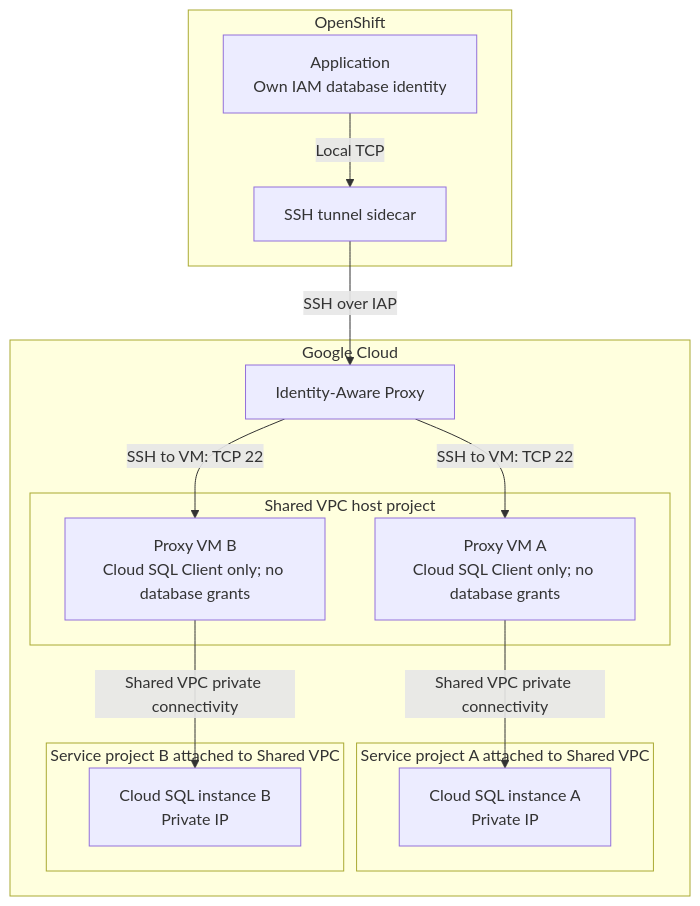
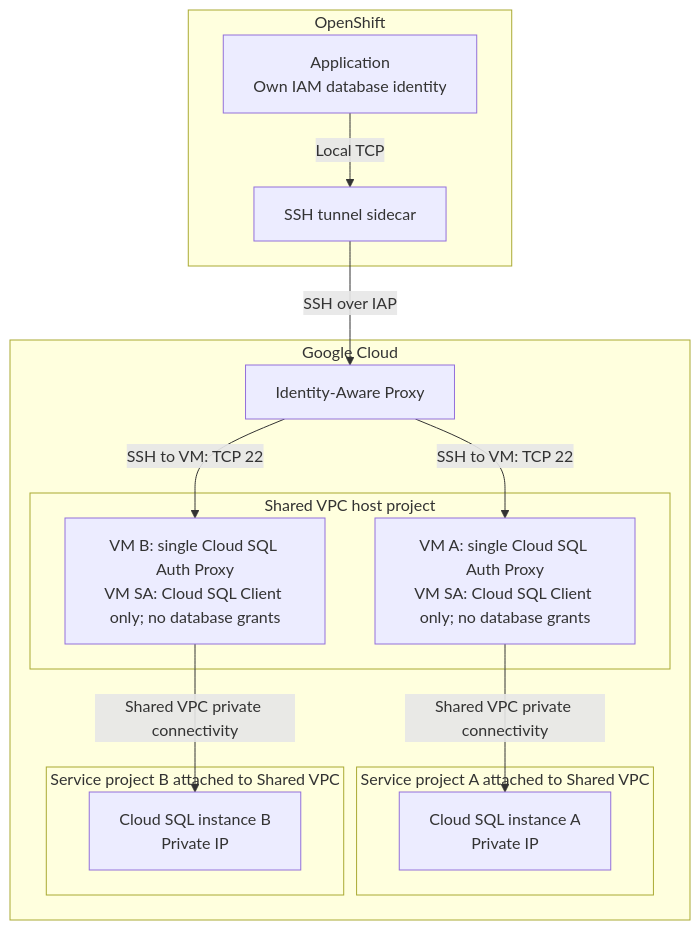
The diagram in python/cloud-sql-connector/README-cloud-sql-tunnel.md (bcgov/sbc-connect-common), drawn with Mermaid before and after one commit. The commit also changed other lines of this file, not shown here.

````diff
--- a/python/cloud-sql-connector/README-cloud-sql-tunnel.md
+++ b/python/cloud-sql-connector/README-cloud-sql-tunnel.md
@@ -12,31 +12,31 @@
 ```mermaid
 flowchart TB
     subgraph openshift["OpenShift"]
         app["Application<br/>Own IAM database identity"]
         tunnel["SSH tunnel sidecar"]
         app -->|"Local TCP"| tunnel
     end
 
     subgraph google["Google Cloud"]
         iap["Identity-Aware Proxy"]
 
         subgraph host["Shared VPC host project"]
-            vm["Proxy VM A<br/>Cloud SQL Client only; no database grants"]
-            vmB["Proxy VM B<br/>Cloud SQL Client only; no database grants"]
+            vm["VM A: single Cloud SQL Auth Proxy<br/>VM SA: Cloud SQL Client only; no database grants"]
+            vmB["VM B: single Cloud SQL Auth Proxy<br/>VM SA: Cloud SQL Client only; no database grants"]
         end
 
         subgraph clientA["Service project A attached to Shared VPC"]
             sqlA["Cloud SQL instance A<br/>Private IP"]
         end
         subgraph clientB["Service project B attached to Shared VPC"]
             sqlB["Cloud SQL instance B<br/>Private IP"]
         end
 
         iap -->|"SSH to VM: TCP 22"| vm
         iap -->|"SSH to VM: TCP 22"| vmB
         vm -->|"Shared VPC private connectivity"| sqlA
         vmB -->|"Shared VPC private connectivity"| sqlB
     end
 
     tunnel -->|"SSH over IAP"| iap
 ```
````
